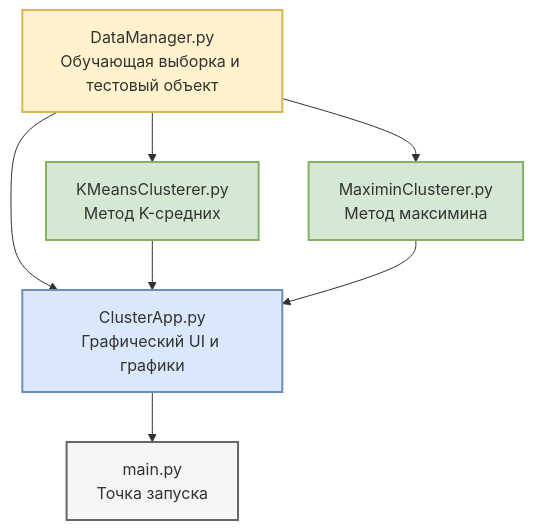
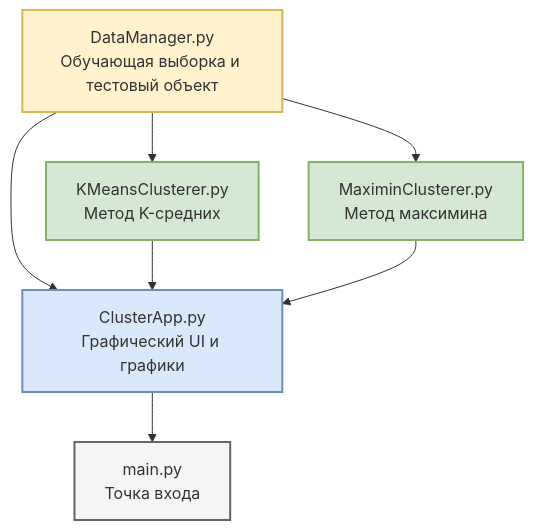
Before and after one commit to mxrtynov/ClusterLab: the diagram in README.md, drawn with Mermaid.

````diff
--- a/README.md
+++ b/README.md
@@ -27,17 +27,17 @@
 ```mermaid
 graph TD
     Data[DataManager.py<br>Обучающая выборка и тестовый объект] --> KM[KMeansClusterer.py<br>Метод K-средних]
     Data --> MX[MaximinClusterer.py<br>Метод максимина]
     Data --> UI[ClusterApp.py<br>Графический UI и графики]
 
     KM --> UI
     MX --> UI
 
-    UI --> Main[main.py<br>Точка запуска]
+    UI --> Main[main.py<br>Точка входа]
 
     style Data fill:#fff2cc,stroke:#d6b656,stroke-width:2px
     style KM fill:#d5e8d4,stroke:#82b366,stroke-width:2px
     style MX fill:#d5e8d4,stroke:#82b366,stroke-width:2px
     style UI fill:#dae8fc,stroke:#6c8ebf,stroke-width:2px
     style Main fill:#f5f5f5,stroke:#666666,stroke-width:2px
 ```
````
